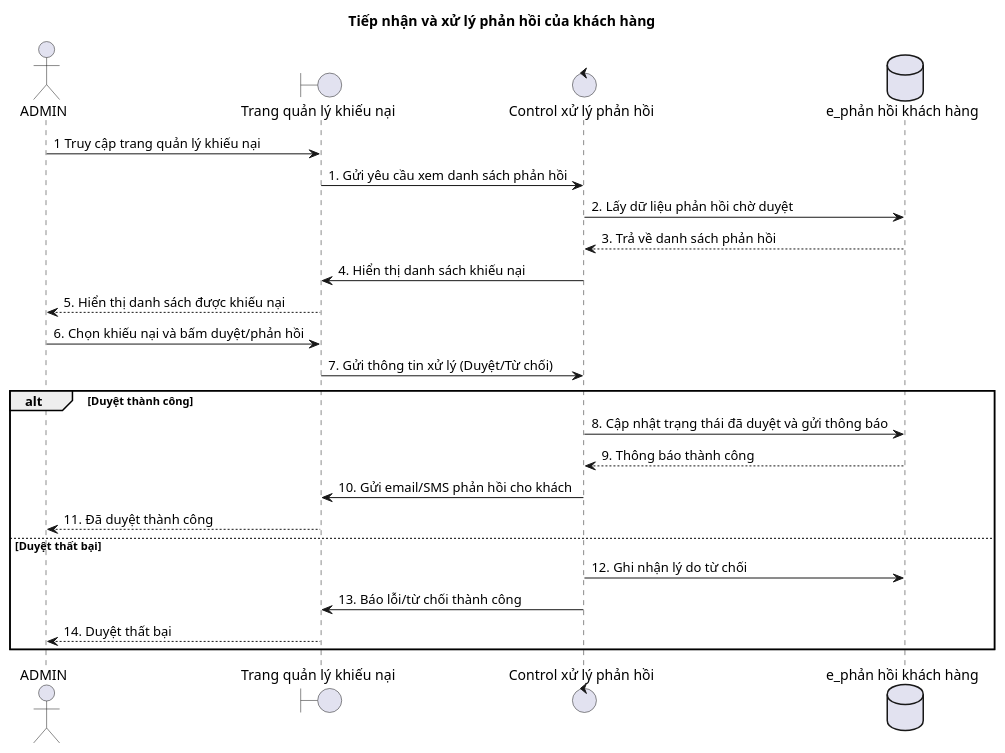
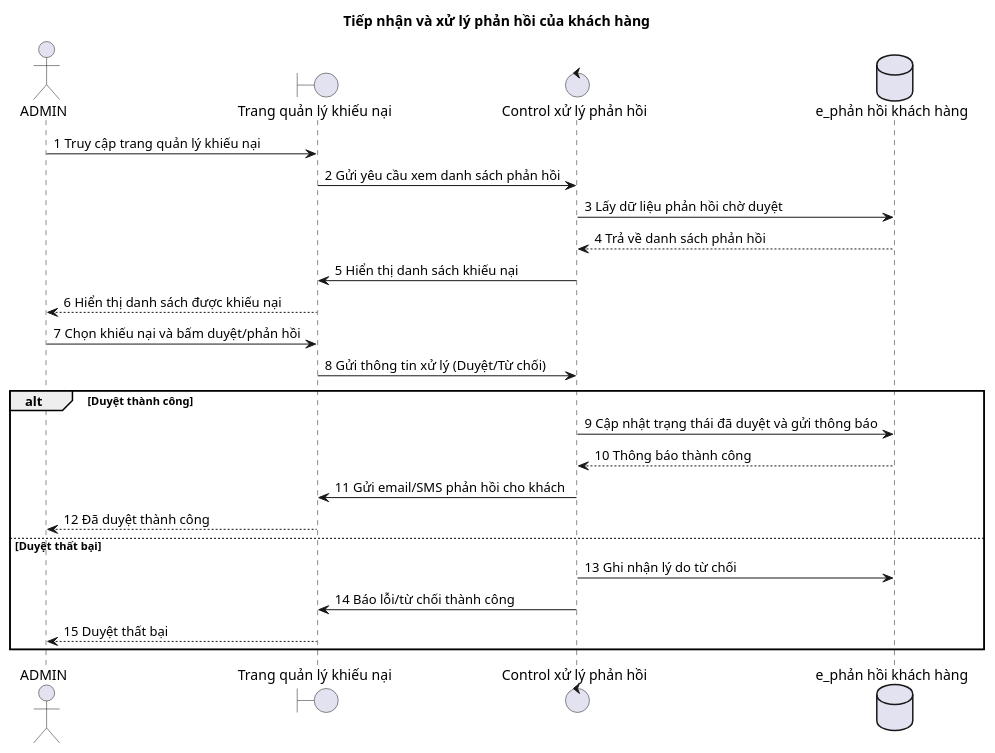
Before and after one commit to duygri/do-an-htttdn-crm: the diagram in docs/diagrams/sequence/preview/01-feedback-handling.puml, drawn with PlantUML.

```diff
--- a/docs/diagrams/sequence/preview/01-feedback-handling.puml
+++ b/docs/diagrams/sequence/preview/01-feedback-handling.puml
@@ -1,29 +1,29 @@
 @startuml
 title Tiếp nhận và xử lý phản hồi của khách hàng
 
 actor ADMIN as Admin
 boundary "Trang quản lý khiếu nại" as Boundary
 control "Control xử lý phản hồi" as Control
 database "e_phản hồi khách hàng" as Entity
 
 Admin -> Boundary: 1 Truy cập trang quản lý khiếu nại
-Boundary -> Control: 1. Gửi yêu cầu xem danh sách phản hồi
-Control -> Entity: 2. Lấy dữ liệu phản hồi chờ duyệt
-Entity --> Control: 3. Trả về danh sách phản hồi
-Control -> Boundary: 4. Hiển thị danh sách khiếu nại
-Boundary --> Admin: 5. Hiển thị danh sách được khiếu nại
+Boundary -> Control: 2 Gửi yêu cầu xem danh sách phản hồi
+Control -> Entity: 3 Lấy dữ liệu phản hồi chờ duyệt
+Entity --> Control: 4 Trả về danh sách phản hồi
+Control -> Boundary: 5 Hiển thị danh sách khiếu nại
+Boundary --> Admin: 6 Hiển thị danh sách được khiếu nại
 
-Admin -> Boundary: 6. Chọn khiếu nại và bấm duyệt/phản hồi
-Boundary -> Control: 7. Gửi thông tin xử lý (Duyệt/Từ chối)
+Admin -> Boundary: 7 Chọn khiếu nại và bấm duyệt/phản hồi
+Boundary -> Control: 8 Gửi thông tin xử lý (Duyệt/Từ chối)
 
 alt Duyệt thành công
-  Control -> Entity: 8. Cập nhật trạng thái đã duyệt và gửi thông báo
-  Entity --> Control: 9. Thông báo thành công
-  Control -> Boundary: 10. Gửi email/SMS phản hồi cho khách
-  Boundary --> Admin: 11. Đã duyệt thành công
+  Control -> Entity: 9 Cập nhật trạng thái đã duyệt và gửi thông báo
+  Entity --> Control: 10 Thông báo thành công
+  Control -> Boundary: 11 Gửi email/SMS phản hồi cho khách
+  Boundary --> Admin: 12 Đã duyệt thành công
 else Duyệt thất bại
-  Control -> Entity: 12. Ghi nhận lý do từ chối
-  Control -> Boundary: 13. Báo lỗi/từ chối thành công
-  Boundary --> Admin: 14. Duyệt thất bại
+  Control -> Entity: 13 Ghi nhận lý do từ chối
+  Control -> Boundary: 14 Báo lỗi/từ chối thành công
+  Boundary --> Admin: 15 Duyệt thất bại
 end
 @enduml
```
